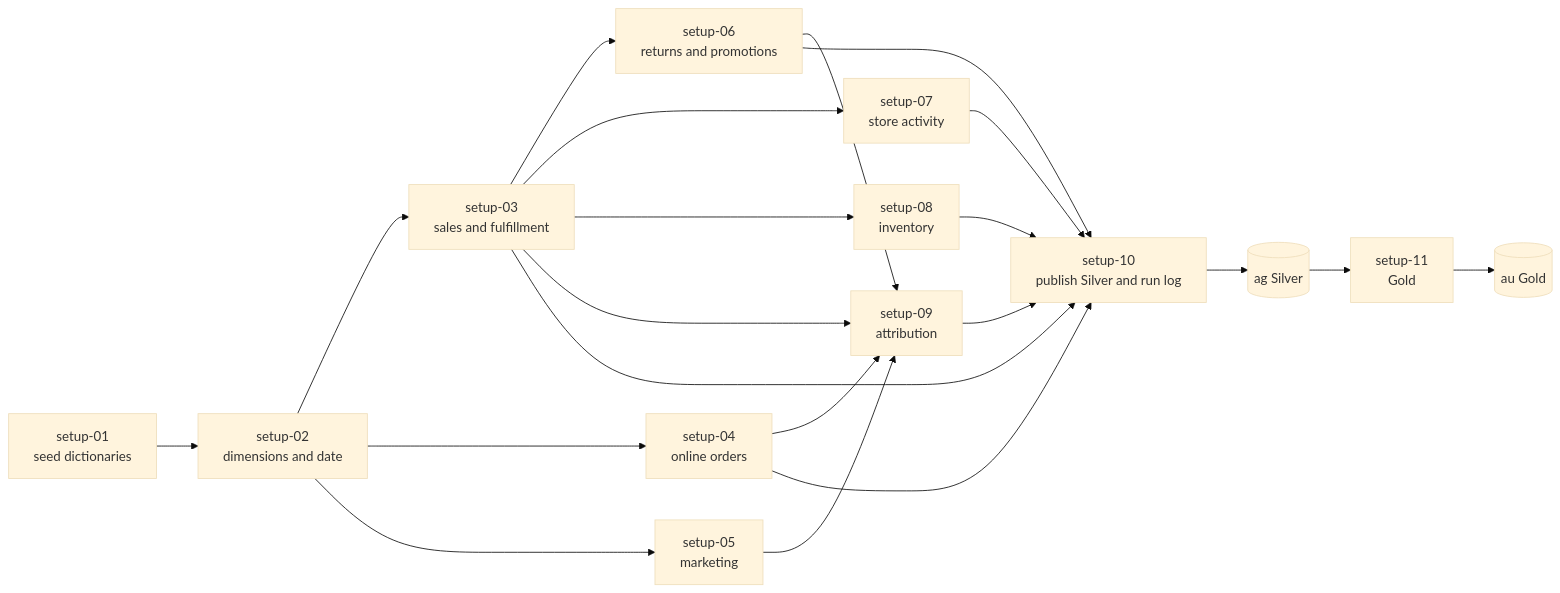
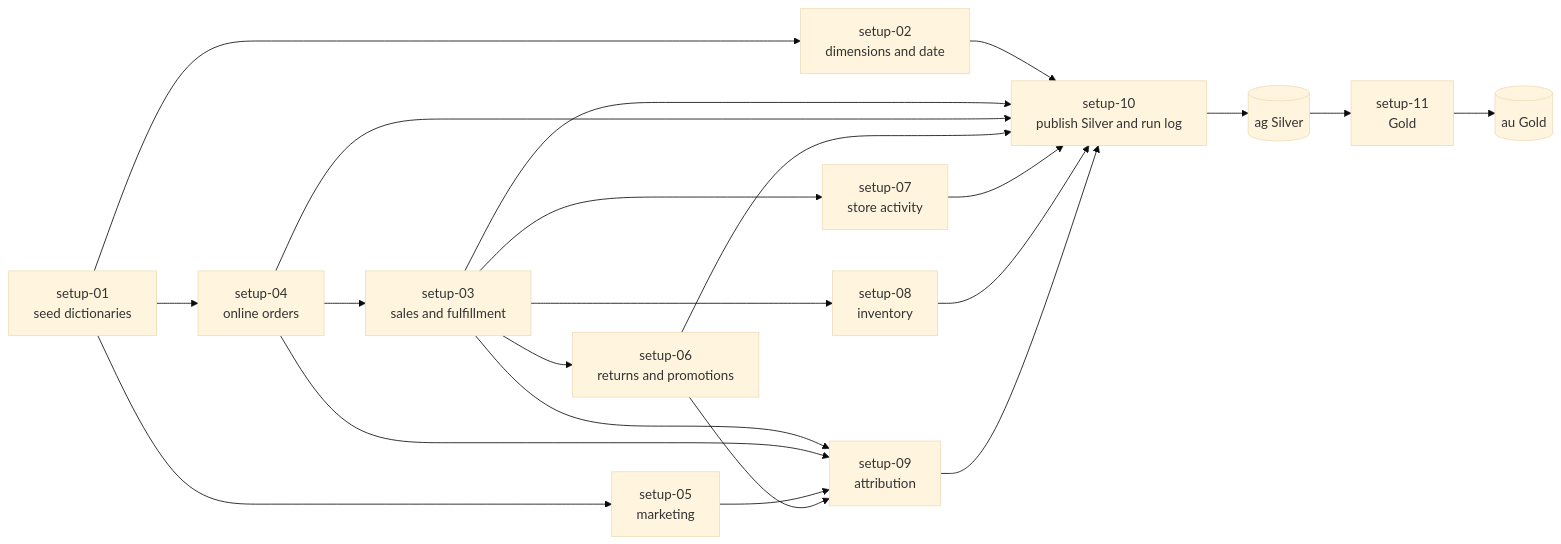
The second of 5 diagrams in docs/design/architecture/data-flow.md (amattas/retail-demo), drawn with Mermaid (base theme) before and after one commit. The commit also changed other lines of this file and 3 other files, not shown here.

First line of the commit message:
docs(architecture): describe stream state, writer locks, incidents and #450

````diff
--- a/docs/design/architecture/data-flow.md
+++ b/docs/design/architecture/data-flow.md
@@ -27,23 +27,23 @@
 ```mermaid
 flowchart LR
     D[setup-01<br/>seed dictionaries]
     M[setup-02<br/>dimensions and date]
     S[setup-03<br/>sales and fulfillment]
     O[setup-04<br/>online orders]
     K[setup-05<br/>marketing]
     R[setup-06<br/>returns and promotions]
     A[setup-07<br/>store activity]
     I[setup-08<br/>inventory]
     T[setup-09<br/>attribution]
     P[setup-10<br/>publish Silver and run log]
     G[setup-11<br/>Gold]
     Silver[(ag Silver)]
     Gold[(au Gold)]
 
-    D --> M
-    M --> S & O & K
+    D --> M & O & K
+    O --> S
     S --> R & A & I
     S & O & K & R --> T
-    S & O & R & A & I & T --> P --> Silver
+    M & S & O & R & A & I & T --> P --> Silver
     Silver --> G --> Gold
 ```
````
